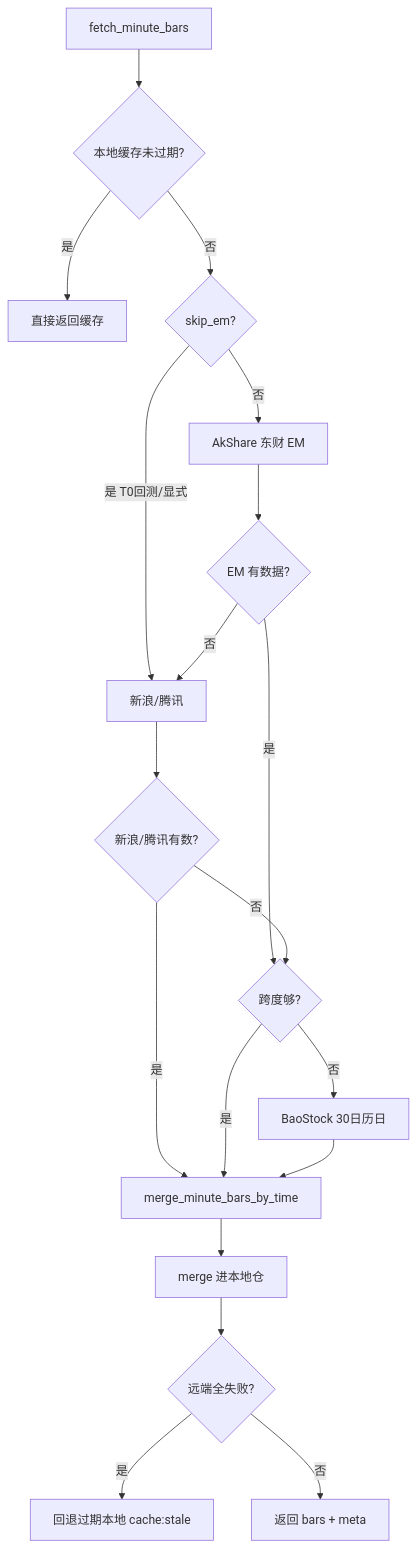
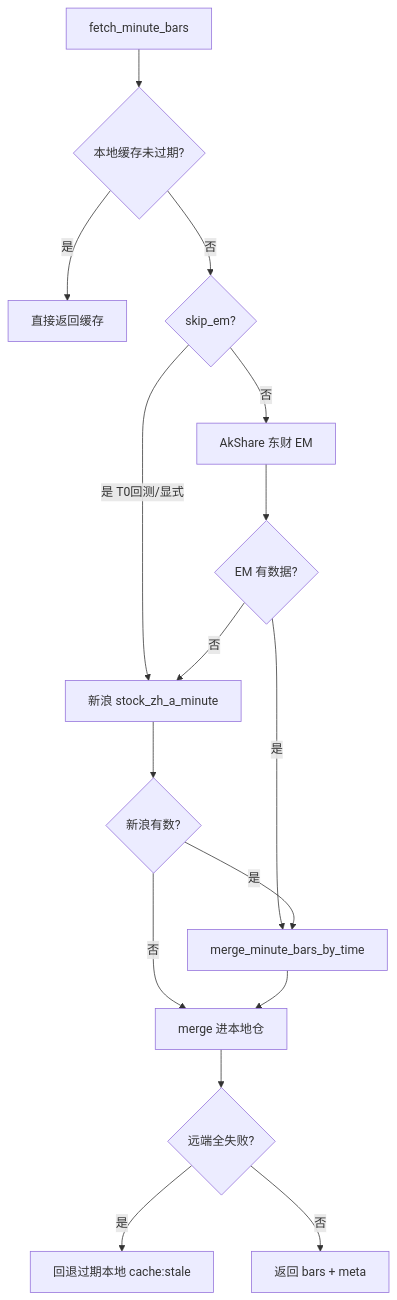
One commit to KaimingGao/workspace_gaokm changed the second of 3 diagrams in quantlab/docs/component/data.md. Above: the diagram before and after it, drawn with Mermaid. The commit also changed other lines of this file and 19 other files, not shown here.

First line of the commit message:
refactor: 分钟线去掉 BaoStock 与 sina_tx 遗留源。

````diff
--- a/quantlab/docs/component/data.md
+++ b/quantlab/docs/component/data.md
@@ -117,21 +115,18 @@
 ```mermaid
 flowchart TD
   A[fetch_minute_bars] --> B{本地缓存未过期?}
   B -->|是| C[直接返回缓存]
   B -->|否| D{skip_em?}
   D -->|否| F[AkShare 东财 EM]
   D -->|是 T0回测/显式| ST
   F --> G{EM 有数据?}
-  G -->|否| ST[新浪/腾讯]
-  G -->|是| H{跨度够?}
-  ST --> STQ{新浪/腾讯有数?}
-  STQ -->|是| J[merge_minute_bars_by_time]
-  STQ -->|否| H
-  H -->|否| BS[BaoStock 30日历日]
-  H -->|是| J
-  BS --> J
+  G -->|否| ST[新浪 stock_zh_a_minute]
+  G -->|是| J[merge_minute_bars_by_time]
+  ST --> STQ{新浪有数?}
+  STQ -->|是| J
+  STQ -->|否| K
   J --> K[merge 进本地仓]
   K --> L{远端全失败?}
   L -->|是| M[回退过期本地 cache:stale]
   L -->|否| N[返回 bars + meta]
 ```
````
